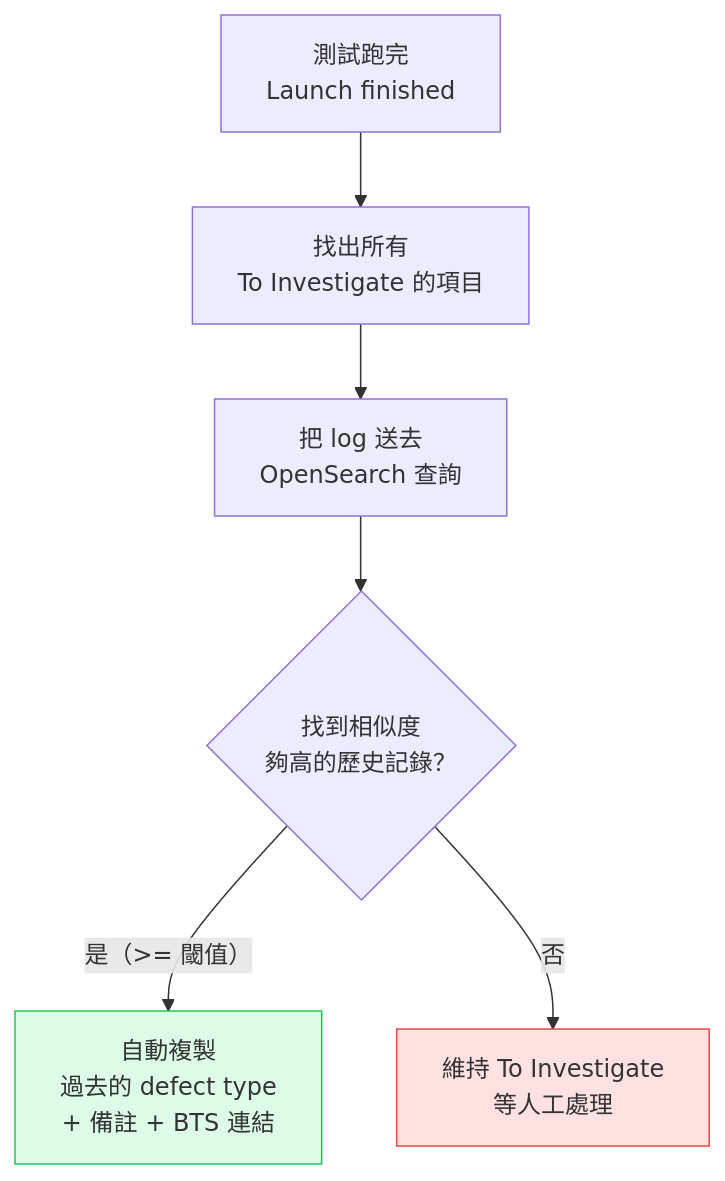
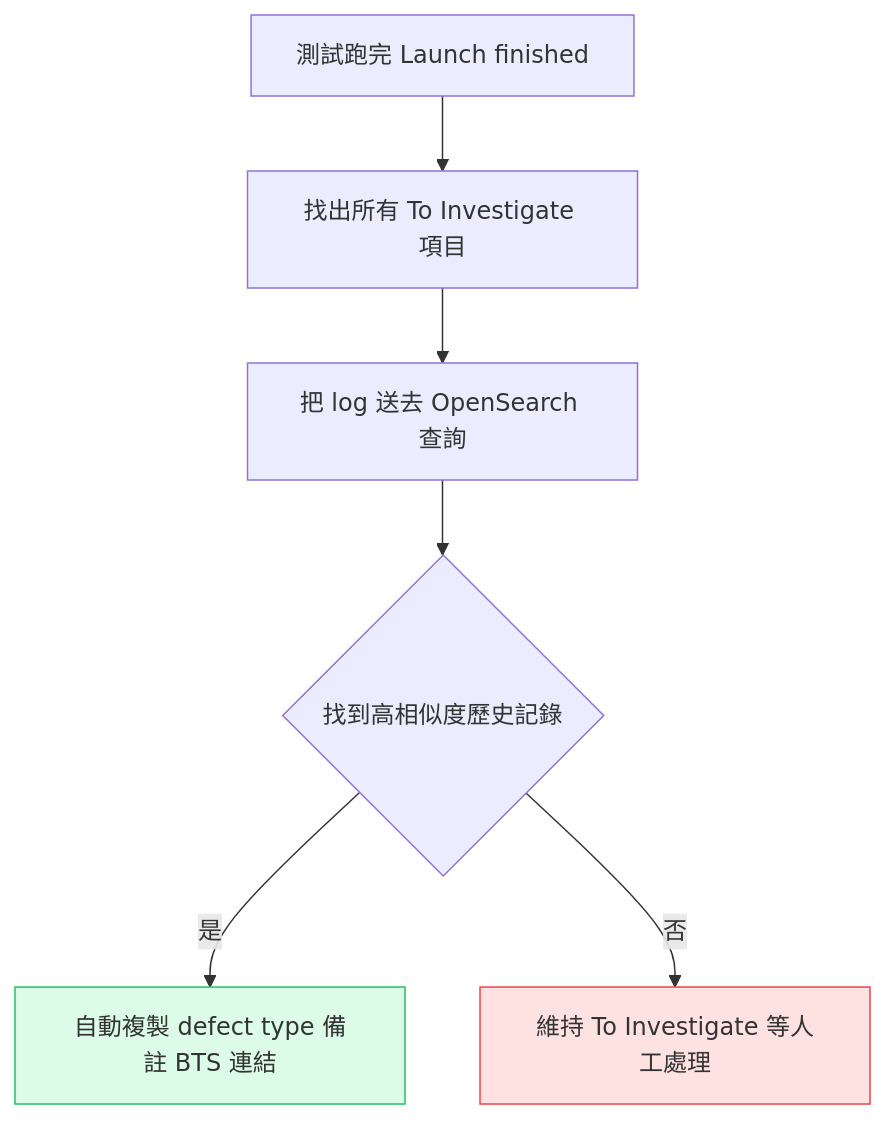
Before and after one commit to jimmyhong065/jimmy-hong-portfolio: the first of 2 diagrams in docs/drafts/reportportal-auto-analysis.md, drawn with Mermaid. The commit also changed other lines of this file and 28 other files, not shown here.

````diff
--- a/docs/drafts/reportportal-auto-analysis.md
+++ b/docs/drafts/reportportal-auto-analysis.md
@@ -35,14 +35,13 @@
 ```mermaid
 flowchart TD
-    A["測試跑完\nLaunch finished"] --> B
-    B["找出所有\nTo Investigate 的項目"] --> C
-    C["把 log 送去\nOpenSearch 查詢"] --> D
-    D{"找到相似度\n夠高的歷史記錄？"}
-    D -- "是（>= 閾值）" --> E
-    D -- "否" --> F
-    E["自動複製\n過去的 defect type\n+ 備註 + BTS 連結"]
-    F["維持 To Investigate\n等人工處理"]
-
+    A[測試跑完 Launch finished] --> B
+    B[找出所有 To Investigate 項目] --> C
+    C[把 log 送去 OpenSearch 查詢] --> D
+    D{找到高相似度歷史記錄}
+    D -- 是 --> E
+    D -- 否 --> F
+    E[自動複製 defect type 備註 BTS 連結]
+    F[維持 To Investigate 等人工處理]
     style E fill:#dcfce7,stroke:#22c55e
     style F fill:#fee2e2,stroke:#ef4444
 ```
````
